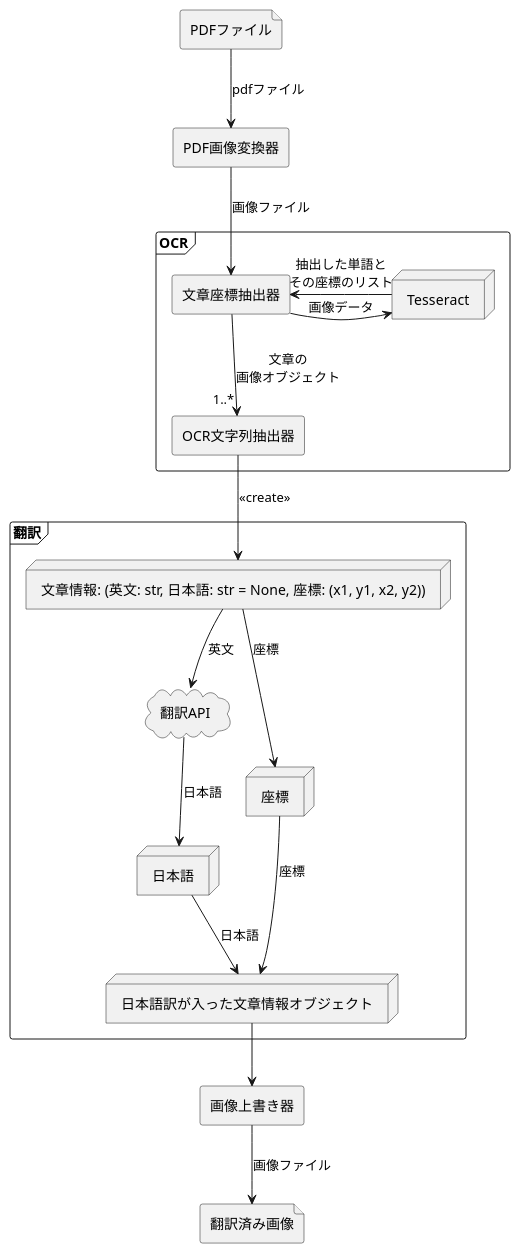
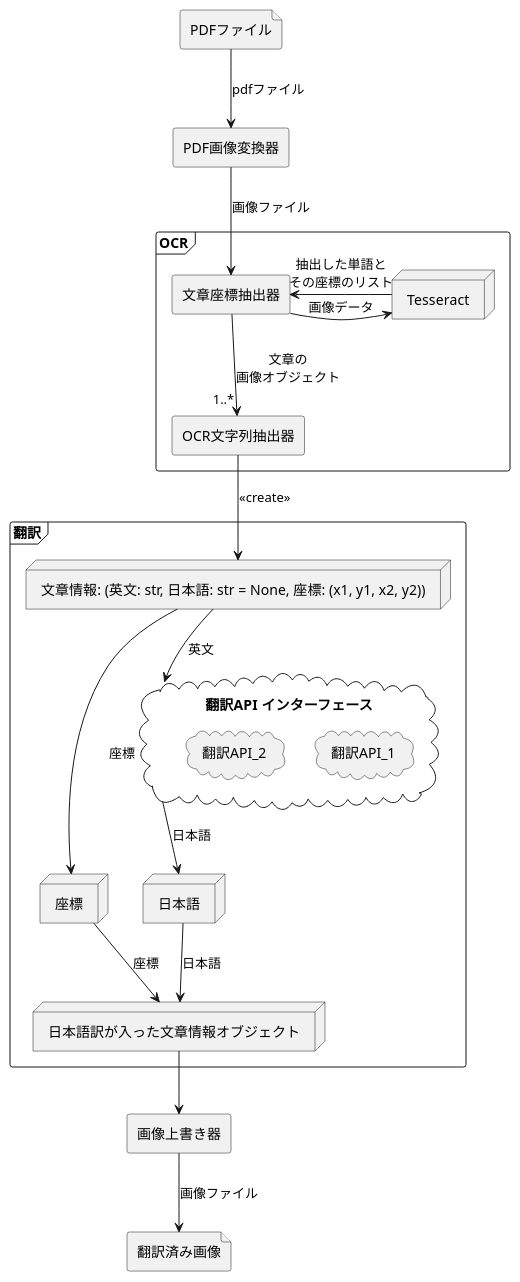
Before and after one commit to hakohumi/pdf-translator: the first of 2 diagrams in システム構成図.md, drawn with PlantUML.

Commit message:
翻訳部分をインターフェースと各サービスとで分離

````diff
--- a/システム構成図.md
+++ b/システム構成図.md
@@ -3,42 +3,46 @@
 ```plantuml
 @startuml
 
 file PDFファイル as pdf
 agent PDF画像変換器 as pdf_to_image
 frame OCR{
-agent 文章座標抽出器 as text_coordinate_extractor
-node Tesseract as tesseract
-agent OCR文字列抽出器 as ocr
+    agent 文章座標抽出器 as text_coordinate_extractor
+    node Tesseract as tesseract
+    agent OCR文字列抽出器 as ocr
 }
 
 frame 翻訳{
-cloud 翻訳API as translator
-node "文章情報: (英文: str, 日本語: str = None, 座標: (x1, y1, x2, y2))" as text_info
-node 日本語 as japanese_str
-node 座標 as pos
-node "日本語訳が入った文章情報オブジェクト" as text_info_jp
+    cloud "翻訳API インターフェース" as translator_api{
+        cloud 翻訳API_1 as translator_1
+        cloud 翻訳API_2 as translator_2
+    }
+    node "文章情報: (英文: str, 日本語: str = None, 座標: (x1, y1, x2, y2))" as text_info
+    node 日本語 as japanese_str
+    node 座標 as pos
+    node "日本語訳が入った文章情報オブジェクト" as text_info_jp
 }
 agent 画像上書き器 as image_overwriter
 file 翻訳済み画像 as end_node
 
 pdf --> pdf_to_image: pdfファイル
 pdf_to_image --> text_coordinate_extractor: 画像ファイル
 tesseract -> text_coordinate_extractor : 抽出した単語と\nその座標のリスト
 text_coordinate_extractor -> tesseract: 画像データ
 text_coordinate_extractor -->"1..*" ocr: 文章の\n画像オブジェクト
 
 text_info --> pos: 座標
 pos --> text_info_jp: 座標
 ocr --> text_info: <<create>>
-text_info --> translator: 英文
+text_info --> translator_api: 英文
 
 
 
-translator --> japanese_str: 日本語
+translator_api --> japanese_str: 日本語
+
 japanese_str --> text_info_jp: 日本語
 
 text_info_jp --> image_overwriter
 image_overwriter --> end_node: 画像ファイル
 
 @enduml
 ```
````
